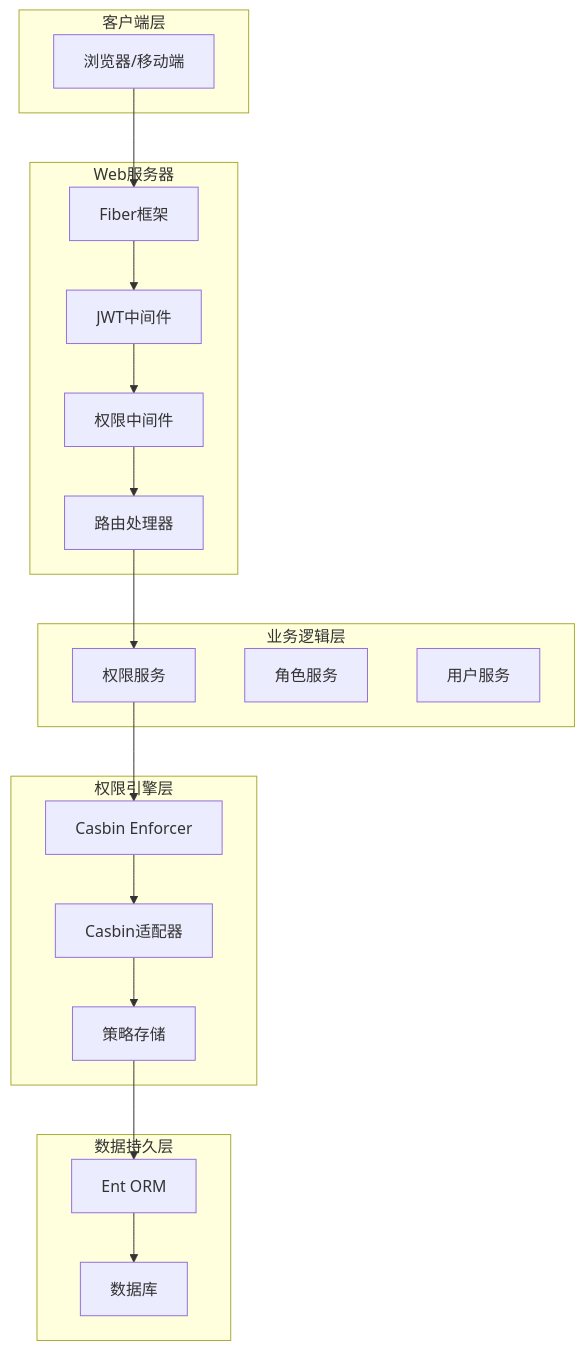
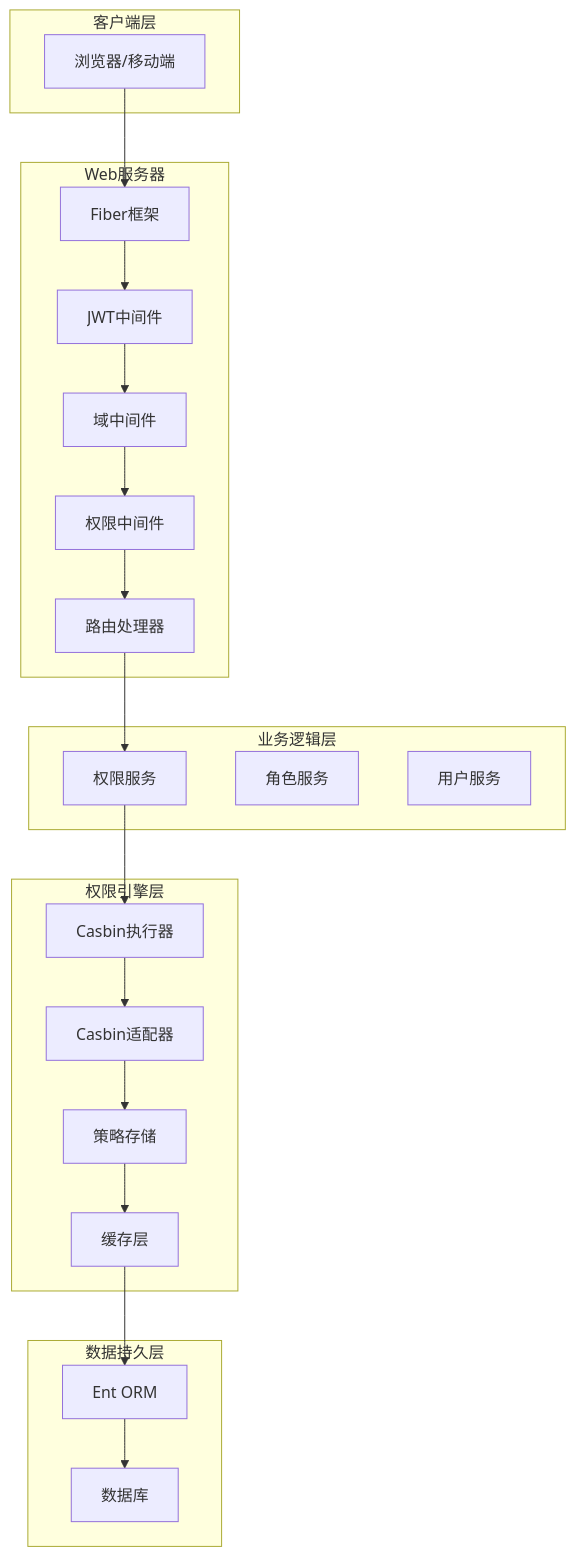
One commit to wuwuseo/e-sports-go-admin changed the second of 9 diagrams in .qoder/repowiki/zh/content/权限管理系统/Casbin权限引擎集成.md. Above: the diagram before and after it, drawn with Mermaid. The commit also changed other lines of this file and 26 other files, not shown here.

````diff
--- a/.qoder/repowiki/zh/content/权限管理系统/Casbin权限引擎集成.md
+++ b/.qoder/repowiki/zh/content/权限管理系统/Casbin权限引擎集成.md
@@ -127,36 +150,40 @@
 ```mermaid
 graph TB
 subgraph "客户端层"
 A[浏览器/移动端]
 end
 subgraph "Web服务器"
 B[Fiber框架]
 C[JWT中间件]
-D[权限中间件]
-E[路由处理器]
+D[域中间件]
+E[权限中间件]
+F[路由处理器]
 end
 subgraph "业务逻辑层"
-F[权限服务]
-G[角色服务]
-H[用户服务]
+G[权限服务]
+H[角色服务]
+I[用户服务]
 end
 subgraph "权限引擎层"
-I[Casbin Enforcer]
-J[Casbin适配器]
-K[策略存储]
+J[Casbin执行器]
+K[Casbin适配器]
+L[策略存储]
+M[缓存层]
 end
 subgraph "数据持久层"
-L[Ent ORM]
-M[数据库]
+N[Ent ORM]
+O[数据库]
 end
 A --> B
 B --> C
 C --> D
 D --> E
 E --> F
-F --> I
-I --> J
+F --> G
+G --> J
 J --> K
 K --> L
 L --> M
+M --> N
+N --> O
 ```
````
